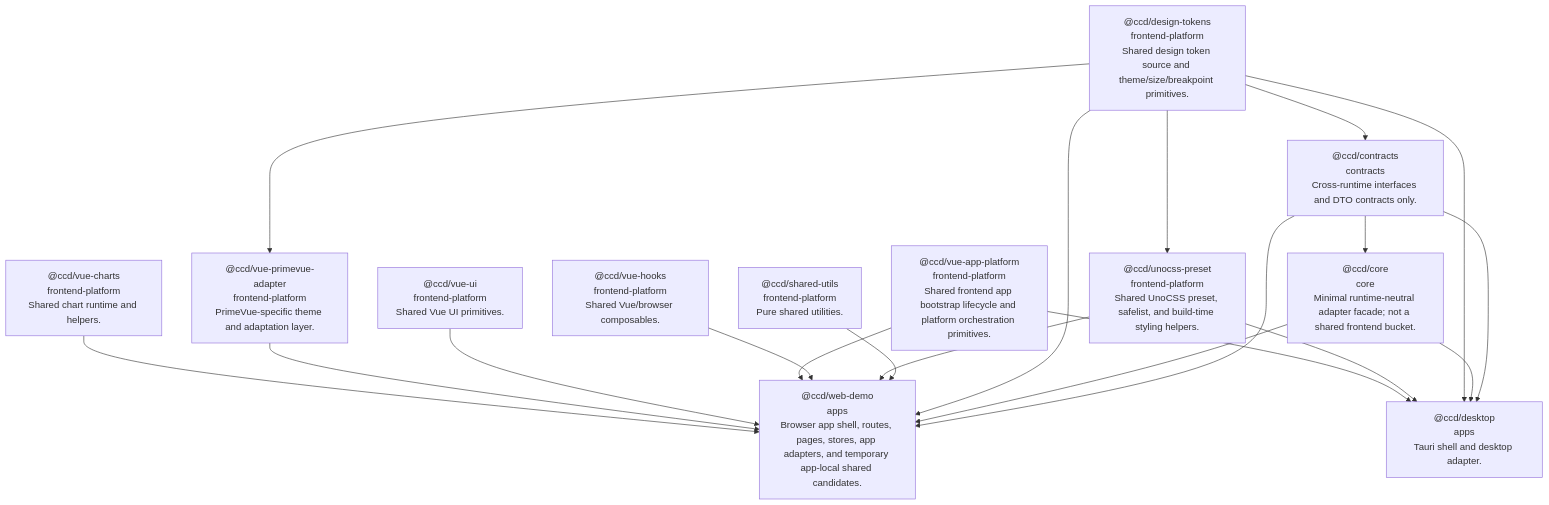
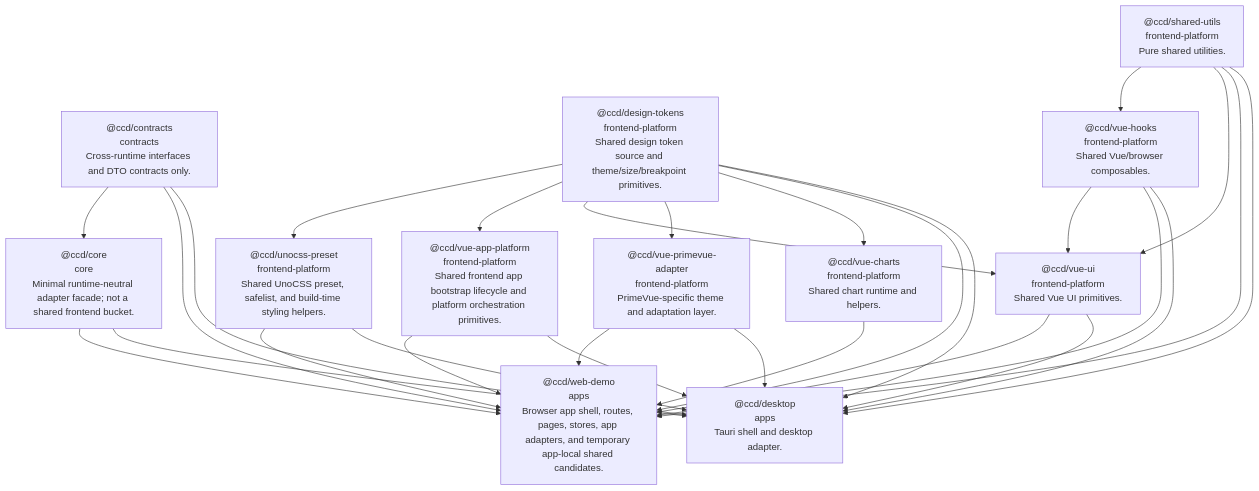
The diagram in docs/generated/graphs/package-dependency-graph.mmd (ichichuang/ccd), drawn with Mermaid before and after one commit. The commit also changed 10 other files, not shown here.

```diff
--- a/docs/generated/graphs/package-dependency-graph.mmd
+++ b/docs/generated/graphs/package-dependency-graph.mmd
@@ -1,32 +1,41 @@
 graph TD
   ccd_contracts["@ccd/contracts<br/>contracts<br/>Cross-runtime interfaces and DTO contracts only."]
-  ccd_design_tokens --> ccd_contracts
   ccd_core["@ccd/core<br/>core<br/>Minimal runtime-neutral adapter facade; not a shared frontend bucket."]
   ccd_contracts --> ccd_core
   ccd_design_tokens["@ccd/design-tokens<br/>frontend-platform<br/>Shared design token source and theme/size/breakpoint primitives."]
   ccd_unocss_preset["@ccd/unocss-preset<br/>frontend-platform<br/>Shared UnoCSS preset, safelist, and build-time styling helpers."]
   ccd_design_tokens --> ccd_unocss_preset
   ccd_shared_utils["@ccd/shared-utils<br/>frontend-platform<br/>Pure shared utilities."]
   ccd_vue_hooks["@ccd/vue-hooks<br/>frontend-platform<br/>Shared Vue/browser composables."]
+  ccd_shared_utils --> ccd_vue_hooks
   ccd_vue_app_platform["@ccd/vue-app-platform<br/>frontend-platform<br/>Shared frontend app bootstrap lifecycle and platform orchestration primitives."]
+  ccd_design_tokens --> ccd_vue_app_platform
   ccd_vue_ui["@ccd/vue-ui<br/>frontend-platform<br/>Shared Vue UI primitives."]
+  ccd_design_tokens --> ccd_vue_ui
+  ccd_shared_utils --> ccd_vue_ui
+  ccd_vue_hooks --> ccd_vue_ui
   ccd_vue_primevue_adapter["@ccd/vue-primevue-adapter<br/>frontend-platform<br/>PrimeVue-specific theme and adaptation layer."]
   ccd_design_tokens --> ccd_vue_primevue_adapter
   ccd_vue_charts["@ccd/vue-charts<br/>frontend-platform<br/>Shared chart runtime and helpers."]
+  ccd_design_tokens --> ccd_vue_charts
   ccd_web_demo["@ccd/web-demo<br/>apps<br/>Browser app shell, routes, pages, stores, app adapters, and temporary app-local shared candidates."]
   ccd_contracts --> ccd_web_demo
   ccd_core --> ccd_web_demo
   ccd_design_tokens --> ccd_web_demo
   ccd_shared_utils --> ccd_web_demo
   ccd_unocss_preset --> ccd_web_demo
   ccd_vue_hooks --> ccd_web_demo
   ccd_vue_app_platform --> ccd_web_demo
   ccd_vue_ui --> ccd_web_demo
   ccd_vue_primevue_adapter --> ccd_web_demo
   ccd_vue_charts --> ccd_web_demo
   ccd_desktop["@ccd/desktop<br/>apps<br/>Tauri shell and desktop adapter."]
   ccd_contracts --> ccd_desktop
   ccd_core --> ccd_desktop
   ccd_design_tokens --> ccd_desktop
+  ccd_shared_utils --> ccd_desktop
   ccd_unocss_preset --> ccd_desktop
   ccd_vue_app_platform --> ccd_desktop
+  ccd_vue_hooks --> ccd_desktop
+  ccd_vue_primevue_adapter --> ccd_desktop
+  ccd_vue_ui --> ccd_desktop
```
